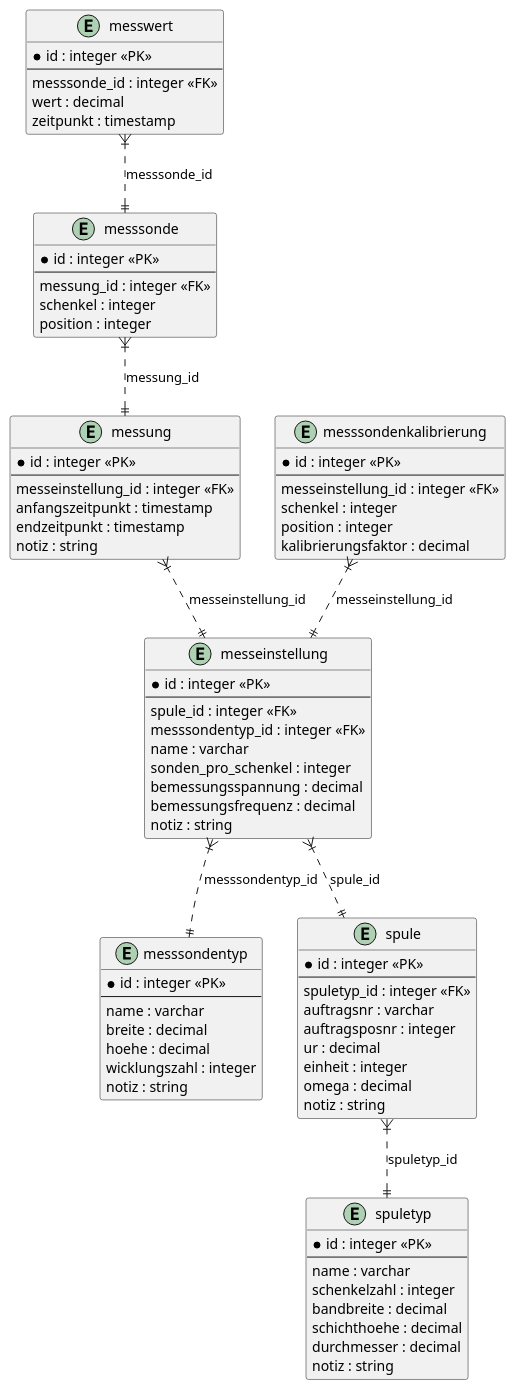
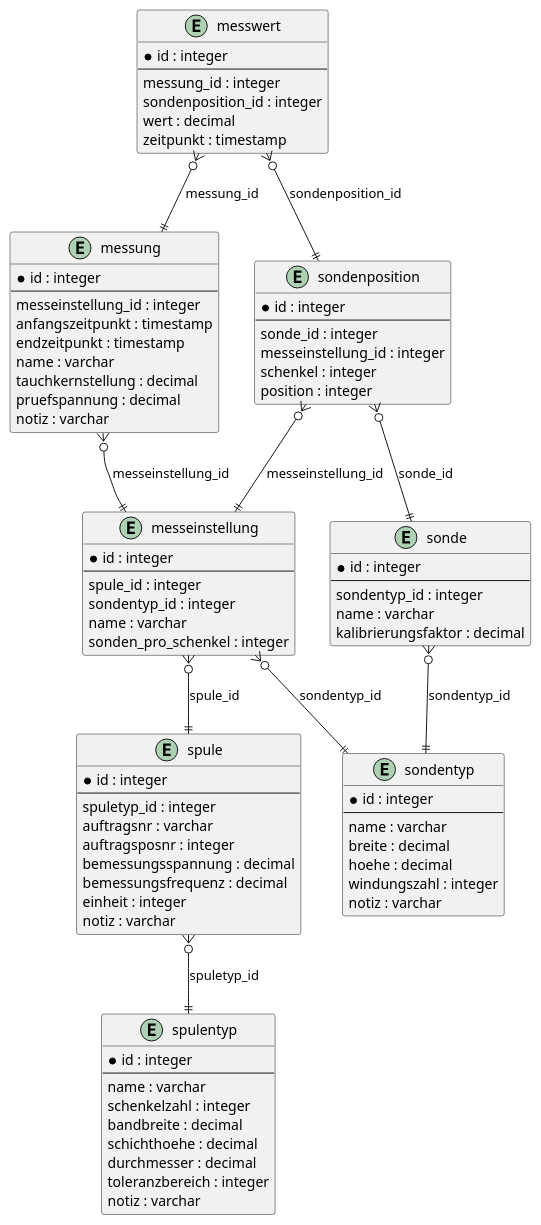
Before and after one commit to 2425-4chif-syp/01-projekte-2025-4chif-syp-trench: the diagram in asciidocs/docs/project-description/erd.puml, drawn with PlantUML. The commit also changed 3 other files, not shown here.

Commit message:
docs: Removed frontend concepts, updated ERD #trench-132

```diff
--- a/asciidocs/docs/project-description/erd.puml
+++ b/asciidocs/docs/project-description/erd.puml
@@ -3,94 +3,94 @@
-@startuml
+@startuml Trench ERD
 
-' Group: Master data
-entity spuletyp {
-  * id : integer <<PK>>
+entity spulentyp {
+  * id : integer
   --
   name : varchar
   schenkelzahl : integer
   bandbreite : decimal
   schichthoehe : decimal
   durchmesser : decimal
-  notiz : string
+  toleranzbereich : integer
+  notiz : varchar
 }
 
-entity messsondentyp {
-  * id : integer <<PK>>
+entity spule {
+  * id : integer
+  --
+  spuletyp_id : integer
+  auftragsnr : varchar
+  auftragsposnr : integer
+  bemessungsspannung : decimal
+  bemessungsfrequenz : decimal
+  einheit : integer
+  notiz : varchar
+}
+
+entity sondentyp {
+  * id : integer
   --
   name : varchar
   breite : decimal
   hoehe : decimal
-  wicklungszahl : integer
-  notiz : string
+  windungszahl : integer
+  notiz : varchar
 }
 
-' Group: Main objects
-entity spule {
-  * id : integer <<PK>>
+entity messeinstellung {
+  * id : integer
   --
-  spuletyp_id : integer <<FK>>
-  auftragsnr : varchar
-  auftragsposnr : integer
-  ur : decimal
-  einheit : integer
-  omega : decimal
-  notiz : string
-}
-
-' Group: Measurements
-entity messeinstellung {
-  * id : integer <<PK>>
-  --
-  spule_id : integer <<FK>>
-  messsondentyp_id : integer <<FK>>
+  spule_id : integer
+  sondentyp_id : integer
   name : varchar
   sonden_pro_schenkel : integer
-  bemessungsspannung : decimal
-  bemessungsfrequenz : decimal
-  notiz : string
 }
 
 entity messung {
-  * id : integer <<PK>>
+  * id : integer
   --
-  messeinstellung_id : integer <<FK>>
+  messeinstellung_id : integer
   anfangszeitpunkt : timestamp
   endzeitpunkt : timestamp
-  notiz : string
+  name : varchar
+  tauchkernstellung : decimal
+  pruefspannung : decimal
+  notiz : varchar
 }
 
-entity messsonde {
-  * id : integer <<PK>>
+entity sondenposition {
+  * id : integer
   --
-  messung_id : integer <<FK>>
+  sonde_id : integer
+  messeinstellung_id : integer
   schenkel : integer
   position : integer
 }
 
 entity messwert {
-  * id : integer <<PK>>
+  * id : integer
   --
-  messsonde_id : integer <<FK>>
+  messung_id : integer
+  sondenposition_id : integer
   wert : decimal
   zeitpunkt : timestamp
 }
 
-entity messsondenkalibrierung {
-  * id : integer <<PK>>
+entity sonde {
+  * id : integer
   --
-  messeinstellung_id : integer <<FK>>
-  schenkel : integer
-  position : integer
+  sondentyp_id : integer
+  name : varchar
   kalibrierungsfaktor : decimal
 }
 
-' Relationships
-spule }|..|| spuletyp : "spuletyp_id"
-messeinstellung }|..|| spule : "spule_id"
-messeinstellung }|..|| messsondentyp : "messsondentyp_id"
-messung }|..|| messeinstellung : "messeinstellung_id"
-messsonde }|..|| messung : "messung_id"
-messwert }|..|| messsonde : "messsonde_id"
-messsondenkalibrierung }|..|| messeinstellung : "messeinstellung_id"
+spule }o--|| spulentyp : "spuletyp_id"
+messeinstellung }o--|| spule : "spule_id"
+messeinstellung }o--|| sondentyp : "sondentyp_id"
+messung }o--|| messeinstellung : "messeinstellung_id"
+sondenposition }o--|| sonde : "sonde_id"
+sondenposition }o--|| messeinstellung : "messeinstellung_id"
+messwert }o--|| messung : "messung_id"
+messwert }o--|| sondenposition : "sondenposition_id"
+sonde }o--|| sondentyp : "sondentyp_id"
 
 @enduml
```
